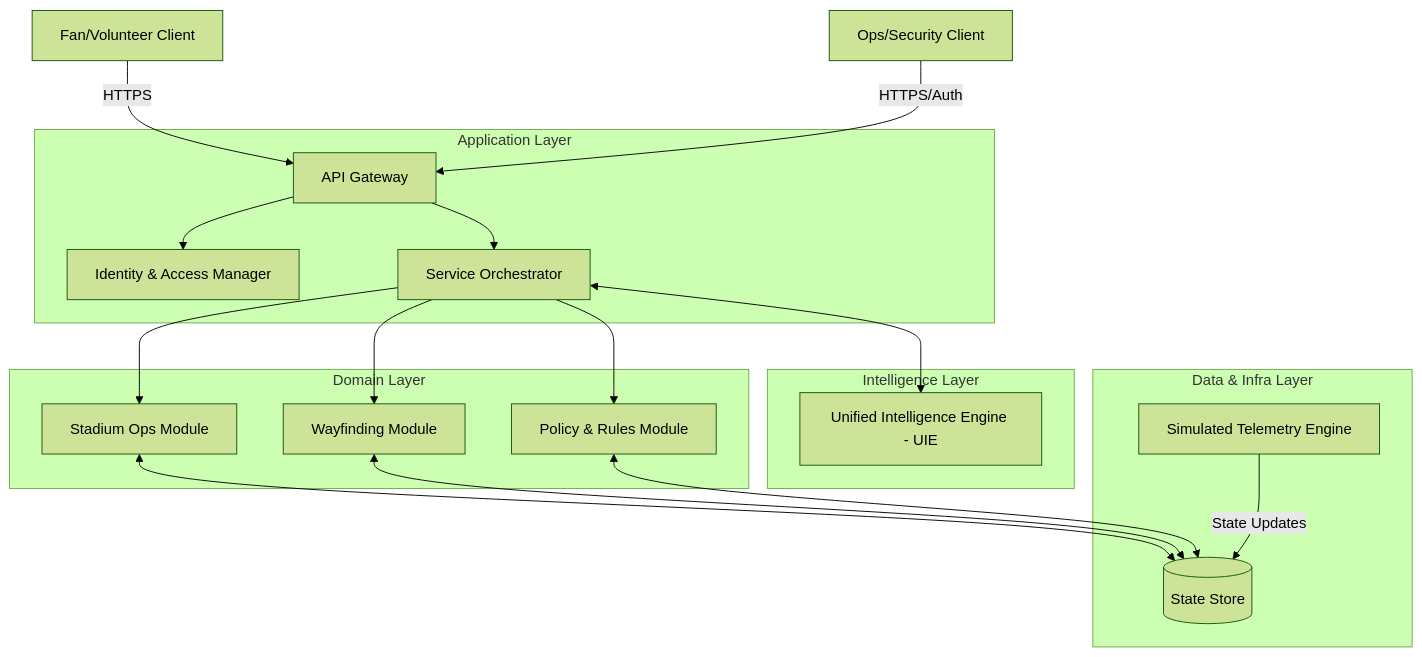
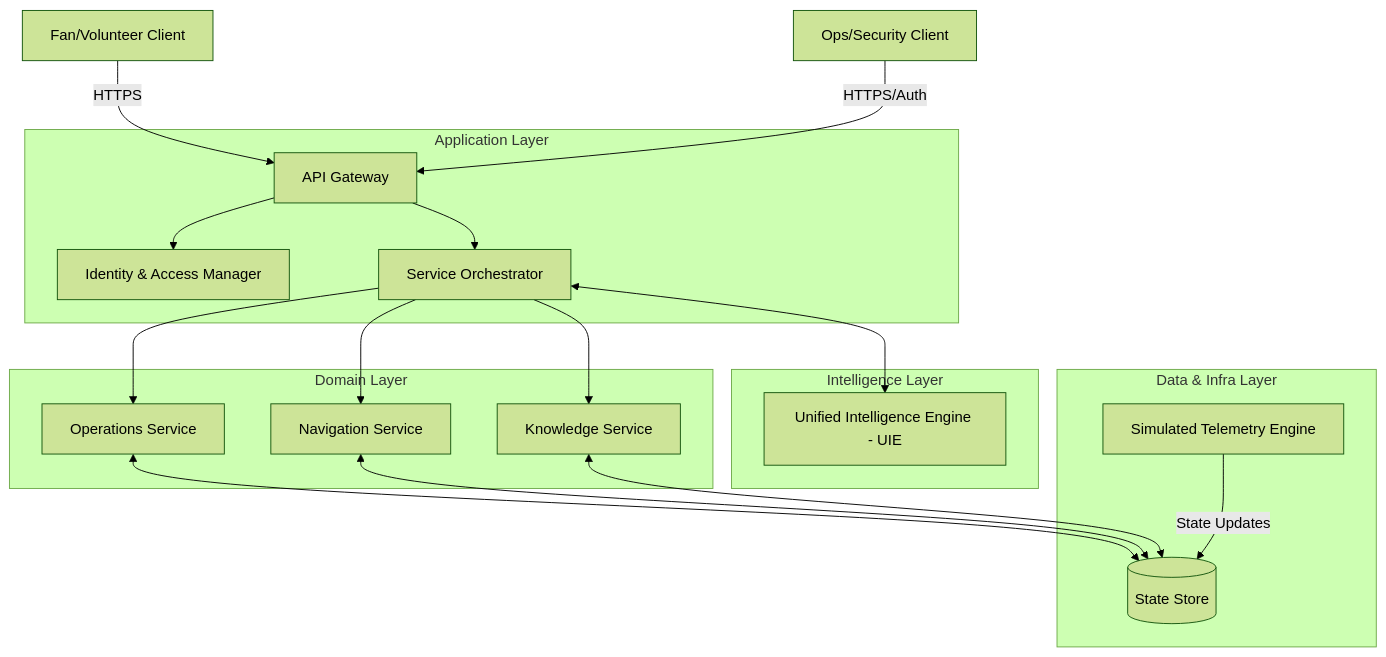
Before and after one commit to KumarNayan11/fifa-coos: the first of 3 diagrams in docs/architecture/SYSTEM_DESIGN.md, drawn with Mermaid (forest theme). The commit also changed other lines of this file and 8 other files, not shown here.

````diff
--- a/docs/architecture/SYSTEM_DESIGN.md
+++ b/docs/architecture/SYSTEM_DESIGN.md
@@ -33,27 +35,27 @@
 ```mermaid
 graph TD
     A[Fan/Volunteer Client] -->|HTTPS| C[API Gateway]
     B[Ops/Security Client] -->|HTTPS/Auth| C
     
     subgraph "Application Layer"
         C --> D[Identity & Access Manager]
         C --> E[Service Orchestrator]
     end
     
     subgraph "Domain Layer"
-        E --> F[Stadium Ops Module]
-        E --> G[Wayfinding Module]
-        E --> H[Policy & Rules Module]
+        E --> F[Operations Service]
+        E --> G[Navigation Service]
+        E --> H[Knowledge Service]
     end
     
     subgraph "Intelligence Layer"
         E <--> I[Unified Intelligence Engine - UIE]
     end
     
     subgraph "Data & Infra Layer"
         F <--> J[(State Store)]
         G <--> J
         H <--> J
         K[Simulated Telemetry Engine] -->|State Updates| J
     end
 ```
````
